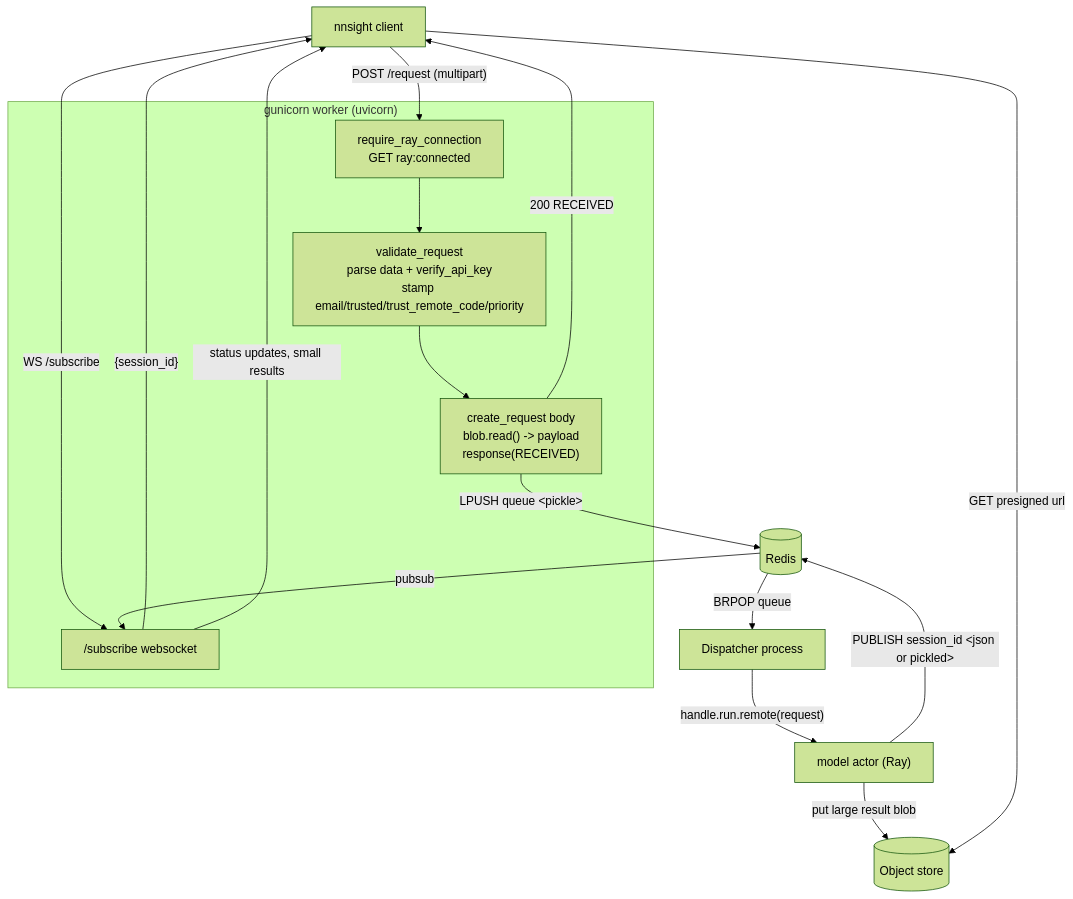
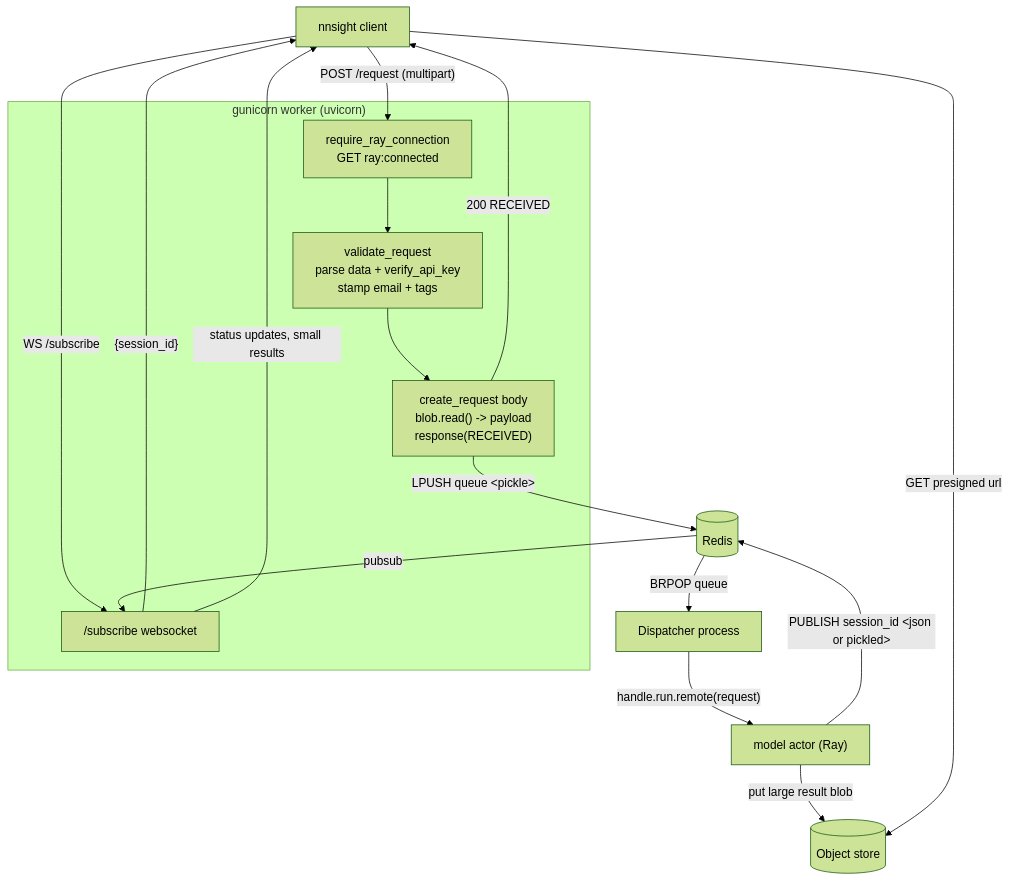
The diagram in docs/developing/api-service.md (ndif-team/ndif), drawn with Mermaid (forest theme) before and after one commit. The commit also changed 33 other files, not shown here.

Commit message:
weave trust_remote_code where task was: ndif status/queue output, dashboard labels and spec matching, and the docs that still described stamped flags

````diff
--- a/docs/developing/api-service.md
+++ b/docs/developing/api-service.md
@@ -173,26 +173,26 @@
 ```mermaid
 flowchart TB
   C["nnsight client"]
   subgraph W["gunicorn worker (uvicorn)"]
     D1["require_ray_connection<br/>GET ray:connected"]
-    D2["validate_request<br/>parse data + verify_api_key<br/>stamp email/trusted/trust_remote_code/priority"]
+    D2["validate_request<br/>parse data + verify_api_key<br/>stamp email + tags"]
     B["create_request body<br/>blob.read() -> payload<br/>response(RECEIVED)"]
     S["/subscribe websocket"]
   end
   R[("Redis")]
   DP["Dispatcher process"]
   MA["model actor (Ray)"]
   OS[("Object store")]
 
   C -- "WS /subscribe" --> S
   S -- "{session_id}" --> C
   C -- "POST /request (multipart)" --> D1 --> D2 --> B
   B -- "LPUSH queue &lt;pickle&gt;" --> R
   B -- "200 RECEIVED" --> C
   R -- "BRPOP queue" --> DP
   DP -- "handle.run.remote(request)" --> MA
   MA -- "PUBLISH session_id &lt;json or pickled&gt;" --> R
   R -- pubsub --> S -- "status updates, small results" --> C
   MA -- "put large result blob" --> OS
   C -- "GET presigned url" --> OS
 ```
````
